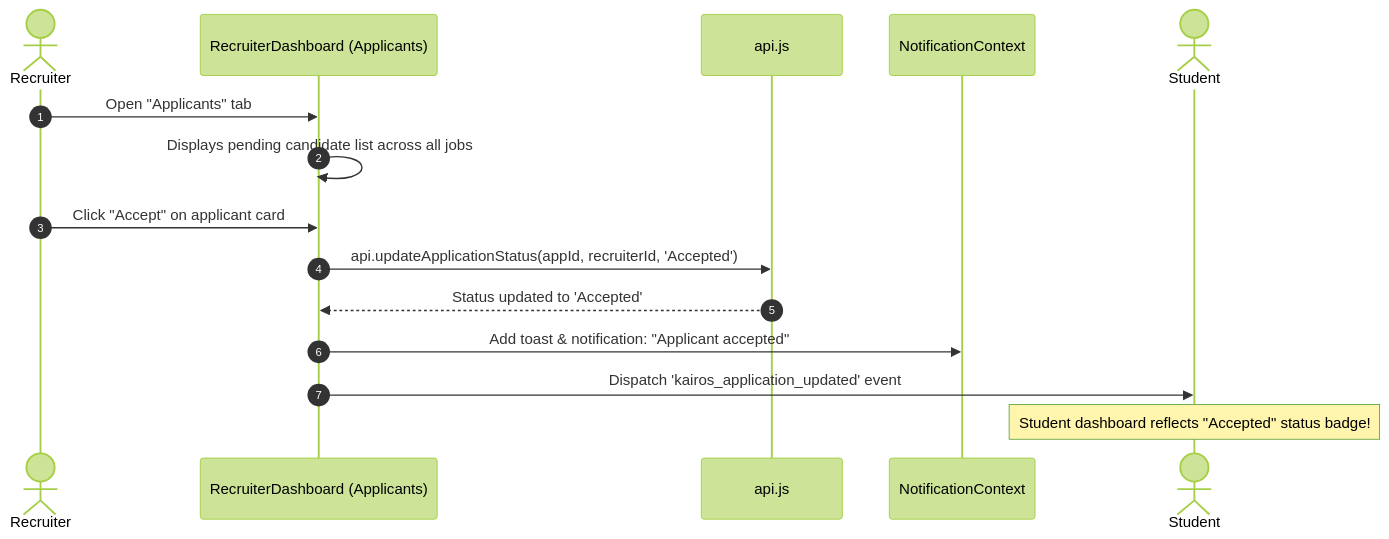
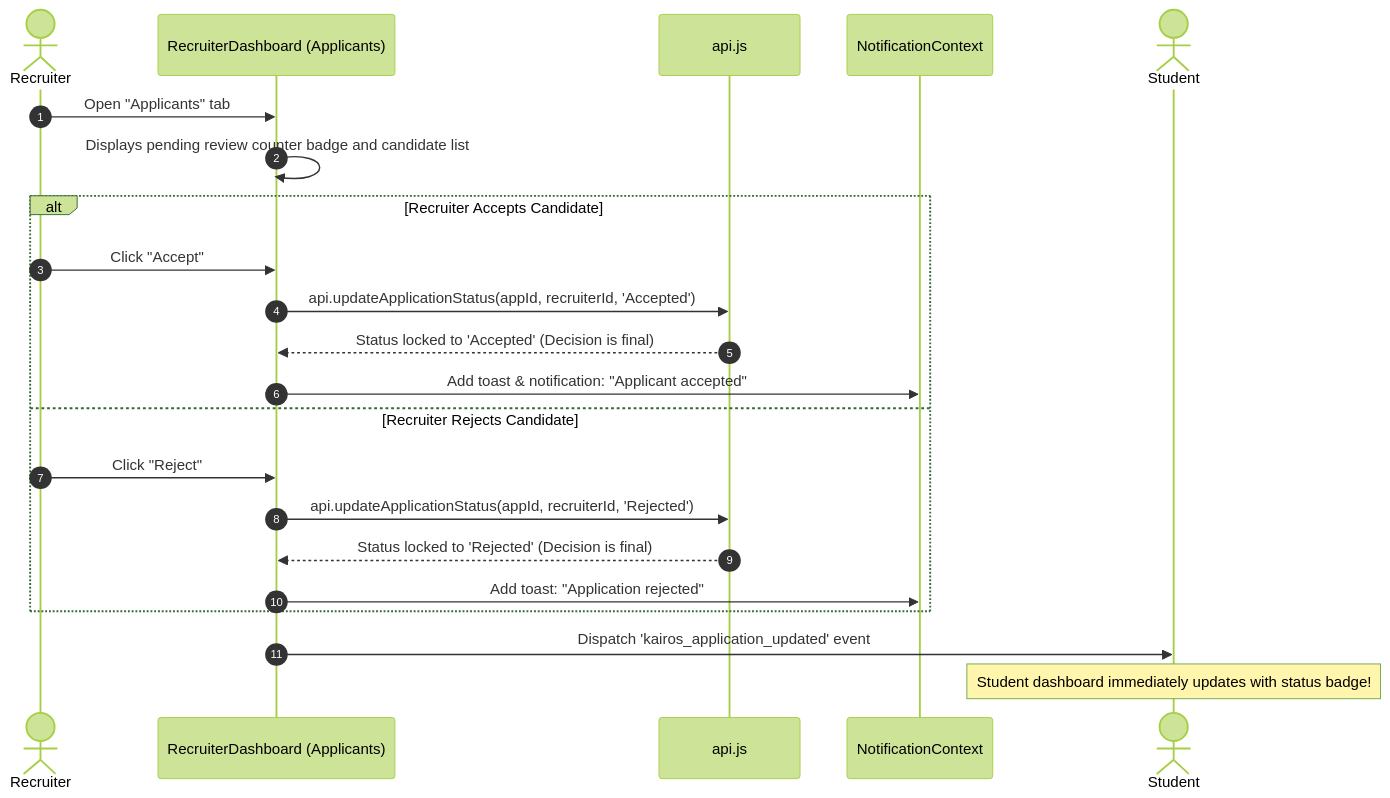
One commit to nikhil-partap/pulkit changed the fifth of 5 diagrams in FLOW.md. Above: the diagram before and after it, drawn with Mermaid (forest theme). The commit also changed other lines of this file and 20 other files, not shown here.

````diff
--- a/FLOW.md
+++ b/FLOW.md
@@ -161,18 +175,25 @@
 ```mermaid
 sequenceDiagram
     autonumber
     actor Recruiter
     participant UI as RecruiterDashboard (Applicants)
     participant API as api.js
     participant Notif as NotificationContext
     actor Student
 
     Recruiter->>UI: Open "Applicants" tab
-    UI->>UI: Displays pending candidate list across all jobs
-    Recruiter->>UI: Click "Accept" on applicant card
-    UI->>API: api.updateApplicationStatus(appId, recruiterId, 'Accepted')
-    API-->>UI: Status updated to 'Accepted'
-    UI->>Notif: Add toast & notification: "Applicant accepted"
+    UI->>UI: Displays pending review counter badge and candidate list
+    alt Recruiter Accepts Candidate
+        Recruiter->>UI: Click "Accept"
+        UI->>API: api.updateApplicationStatus(appId, recruiterId, 'Accepted')
+        API-->>UI: Status locked to 'Accepted' (Decision is final)
+        UI->>Notif: Add toast & notification: "Applicant accepted"
+    else Recruiter Rejects Candidate
+        Recruiter->>UI: Click "Reject"
+        UI->>API: api.updateApplicationStatus(appId, recruiterId, 'Rejected')
+        API-->>UI: Status locked to 'Rejected' (Decision is final)
+        UI->>Notif: Add toast: "Application rejected"
+    end
     UI->>Student: Dispatch 'kairos_application_updated' event
-    Note over Student: Student dashboard reflects "Accepted" status badge!
+    Note over Student: Student dashboard immediately updates with status badge!
 ```
````
